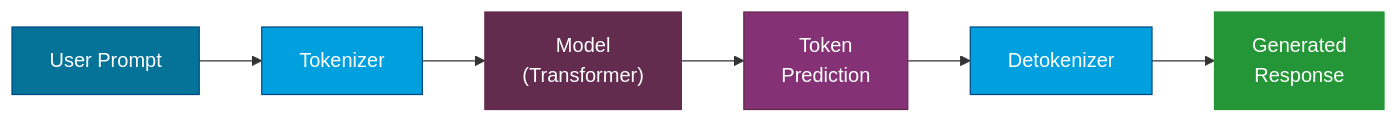
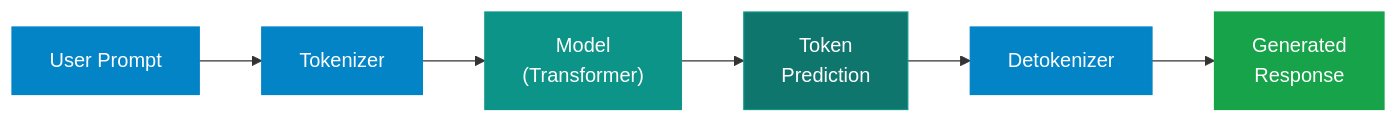
The diagram in docs/concepts/foundation-and-models.md (nitin27may/ai-resources), drawn with Mermaid before and after one commit. The commit also changed other lines of this file and 84 other files, not shown here.

````diff
--- a/docs/concepts/foundation-and-models.md
+++ b/docs/concepts/foundation-and-models.md
@@ -130,15 +233,15 @@
 ```mermaid
 graph LR
     A["User Prompt"] --> B["Tokenizer"]
-    B --> C["Model\n(Transformer)"]
-    C --> D["Token\nPrediction"]
+    B --> C["Model<br/>(Transformer)"]
+    C --> D["Token<br/>Prediction"]
     D --> E["Detokenizer"]
-    E --> F["Generated\nResponse"]
+    E --> F["Generated<br/>Response"]
 
-    style A fill:#057398,stroke:#004987,color:#fff
-    style B fill:#00A0DF,stroke:#004987,color:#fff
-    style C fill:#632C4F,stroke:#632C4F,color:#fff
-    style D fill:#853175,stroke:#632C4F,color:#fff
-    style E fill:#00A0DF,stroke:#004987,color:#fff
-    style F fill:#259638,stroke:#259638,color:#fff
+    style A fill:#0284c7,stroke:#0284c7,color:#fff
+    style B fill:#0284c7,stroke:#0284c7,color:#fff
+    style C fill:#0d9488,stroke:#0d9488,color:#fff
+    style D fill:#0f766e,stroke:#0d9488,color:#fff
+    style E fill:#0284c7,stroke:#0284c7,color:#fff
+    style F fill:#16a34a,stroke:#16a34a,color:#fff
 ```
````
